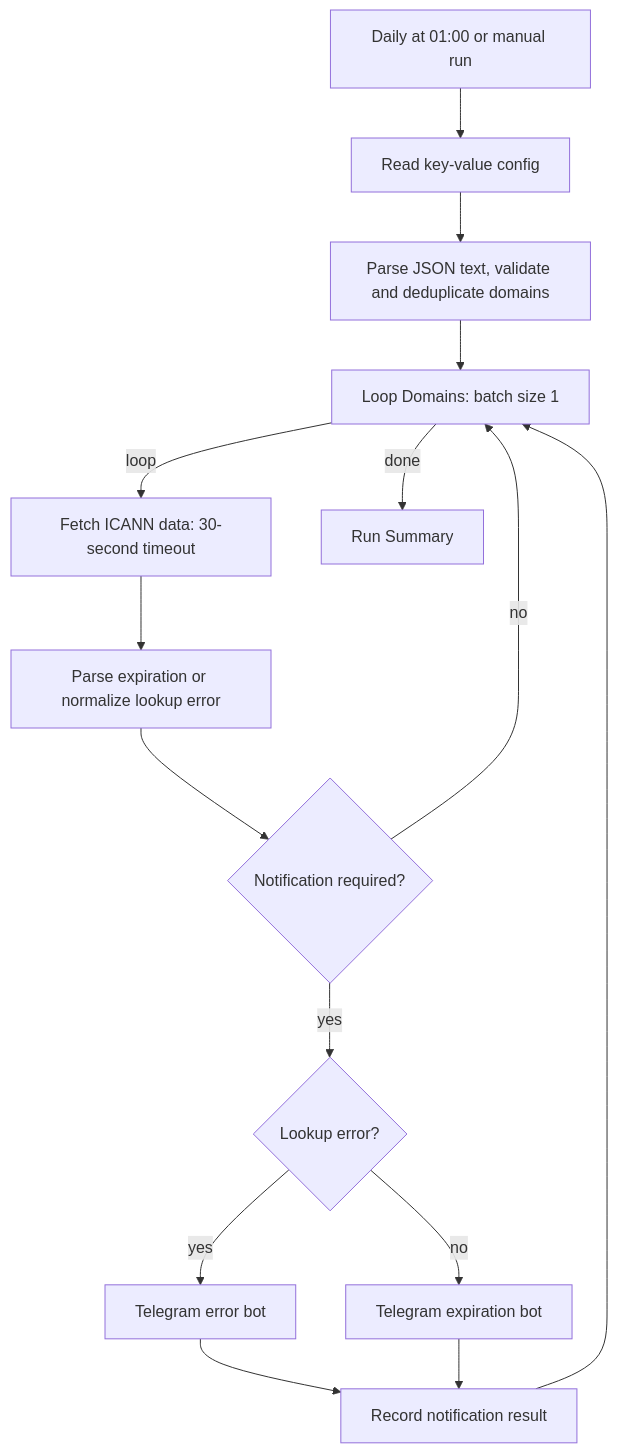
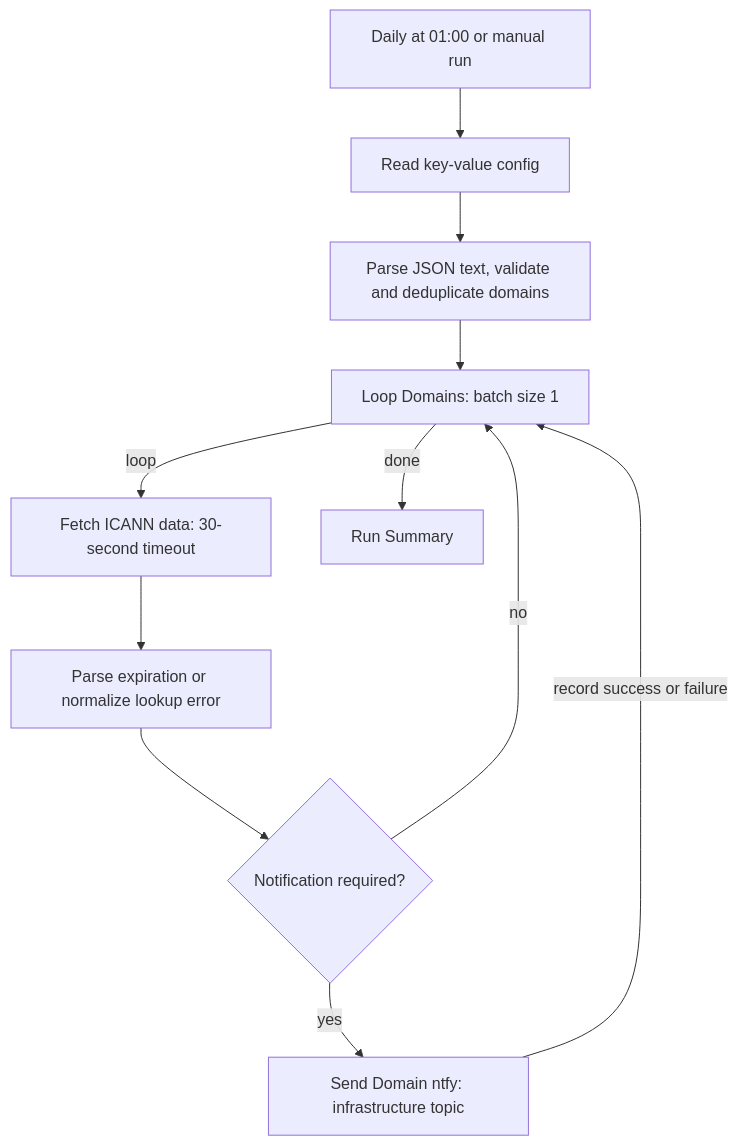
The diagram in workflows/domain-expiration/README.md (PootisPenserHere/n8n_workflows), drawn with Mermaid before and after one commit. The commit also changed other lines of this file and 4 other files, not shown here.

Commit message:
[add] Domain check uses ntfy

````diff
--- a/workflows/domain-expiration/README.md
+++ b/workflows/domain-expiration/README.md
@@ -15,17 +15,13 @@
 ```mermaid
 flowchart TD
     Trigger[Daily at 01:00 or manual run] --> Read[Read key-value config]
     Read --> Parse[Parse JSON text, validate and deduplicate domains]
     Parse --> Loop[Loop Domains: batch size 1]
     Loop -->|loop| Fetch[Fetch ICANN data: 30-second timeout]
     Fetch --> Analyze[Parse expiration or normalize lookup error]
     Analyze --> Notify{Notification required?}
     Notify -->|no| Loop
-    Notify -->|yes| Error{Lookup error?}
-    Error -->|yes| ErrorBot[Telegram error bot]
-    Error -->|no| AlertBot[Telegram expiration bot]
-    ErrorBot --> Record[Record notification result]
-    AlertBot --> Record
-    Record --> Loop
+    Notify -->|yes| Send[Send Domain ntfy: infrastructure topic]
+    Send -->|record success or failure| Loop
     Loop -->|done| Summary[Run Summary]
 ```
````
